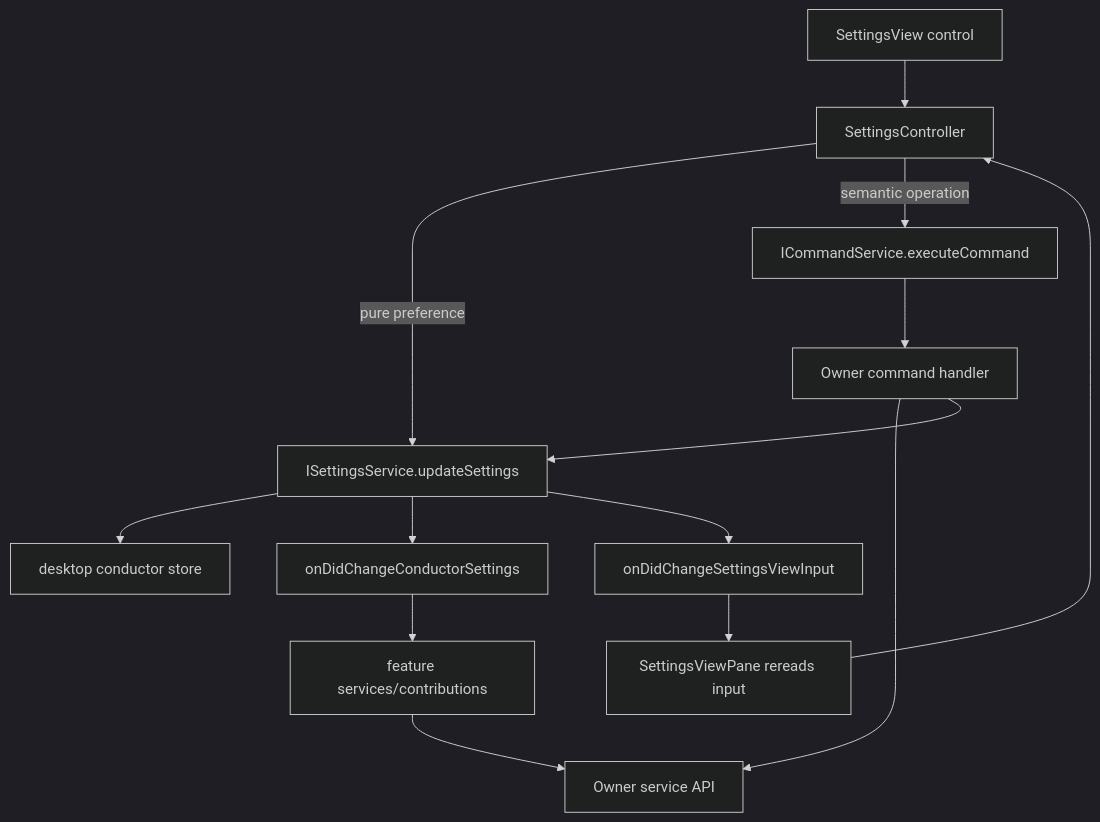
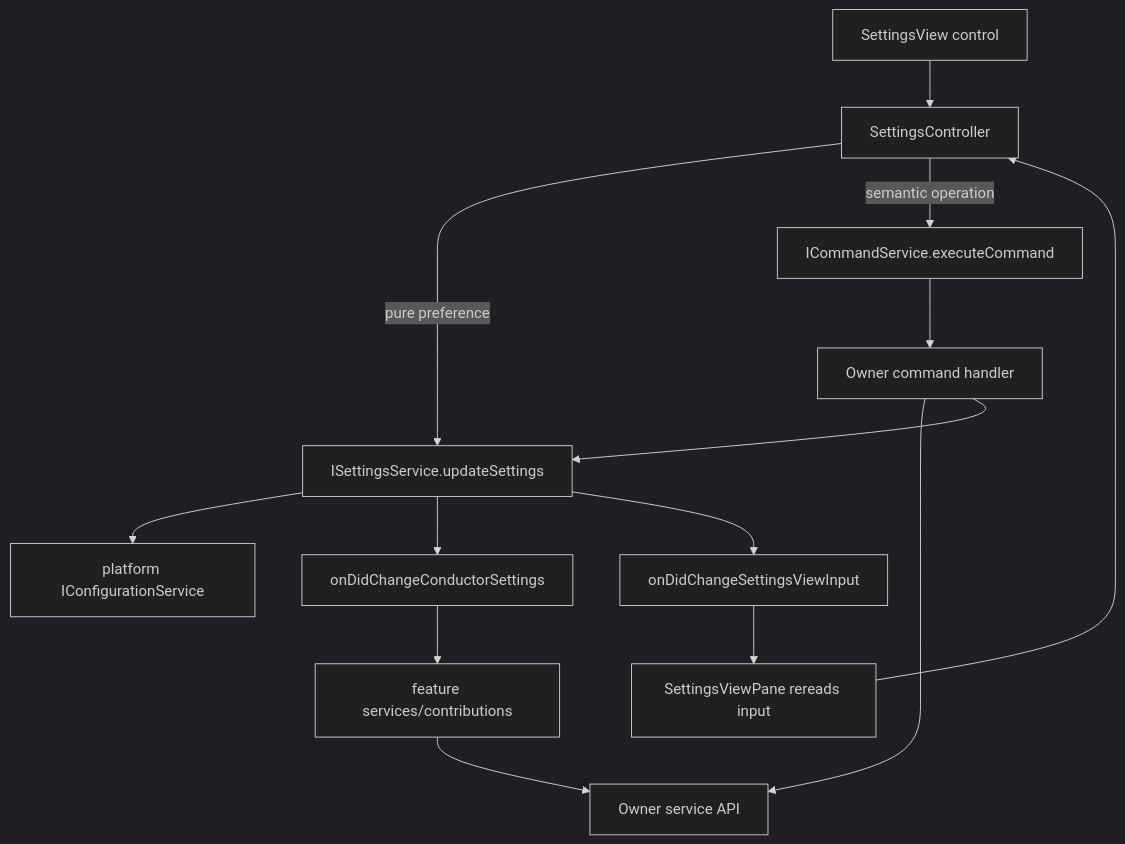
Before and after one commit to chogng/conductor: the diagram in .github/instructions/settings.instructions.md, drawn with Mermaid (dark theme). The commit also changed other lines of this file and 46 other files, not shown here.

````diff
--- a/.github/instructions/settings.instructions.md
+++ b/.github/instructions/settings.instructions.md
@@ -14,16 +17,16 @@
 ```mermaid
 flowchart TD
     View[SettingsView control] --> Controller[SettingsController]
     Controller -->|pure preference| SettingsService[ISettingsService.updateSettings]
     Controller -->|semantic operation| CommandService[ICommandService.executeCommand]
     CommandService --> OwnerCommand[Owner command handler]
     OwnerCommand --> OwnerService[Owner service API]
     OwnerCommand --> SettingsService
-    SettingsService --> Store[desktop conductor store]
+    SettingsService --> Store[platform IConfigurationService]
     SettingsService --> SettingsEvent[onDidChangeConductorSettings]
     SettingsService --> ViewInputEvent[onDidChangeSettingsViewInput]
     SettingsEvent --> Consumers[feature services/contributions]
     ViewInputEvent --> ViewPane[SettingsViewPane rereads input]
     Consumers --> OwnerService
     ViewPane --> Controller
 ```
````
